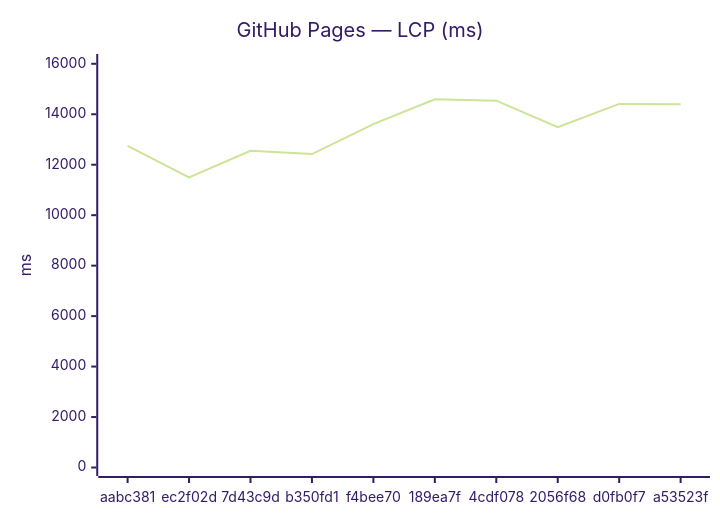
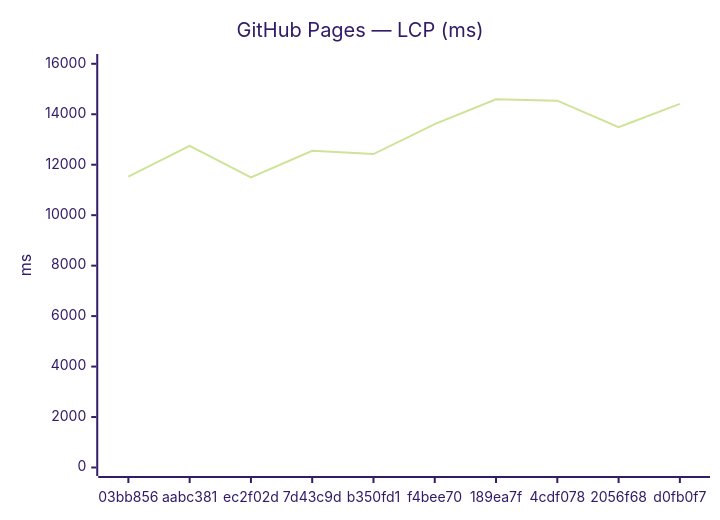
The third of 18 diagrams in benchmarks/compare.md (Metaheurist/Rianell), drawn with Mermaid (forest theme) before and after one commit. The commit also changed other lines of this file and 11 other files, not shown here.

````diff
--- a/benchmarks/compare.md
+++ b/benchmarks/compare.md
@@ -54,7 +54,7 @@
 ```mermaid
 xychart-beta
     title "GitHub Pages — LCP (ms)"
-    x-axis ["aabc381", "ec2f02d", "7d43c9d", "b350fd1", "f4bee70", "189ea7f", "4cdf078", "2056f68", "d0fb0f7", "a53523f"]
+    x-axis ["03bb856", "aabc381", "ec2f02d", "7d43c9d", "b350fd1", "f4bee70", "189ea7f", "4cdf078", "2056f68", "d0fb0f7"]
     y-axis "ms" 0 --> 16051
-    line [12751, 11500, 12552, 12421, 13612, 14591, 14540, 13488, 14410, 14392]
+    line [11529, 12751, 11500, 12552, 12421, 13612, 14591, 14540, 13488, 14410]
 ```
````
